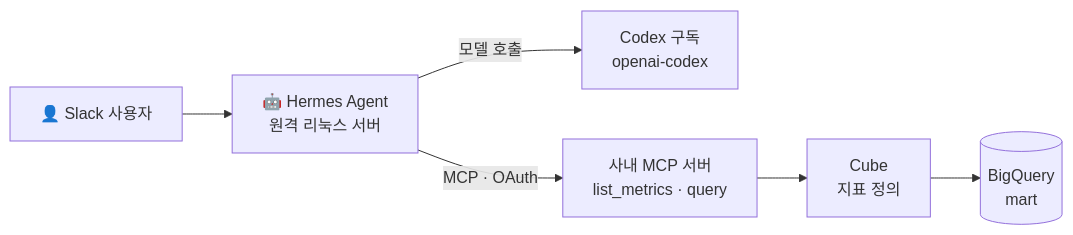
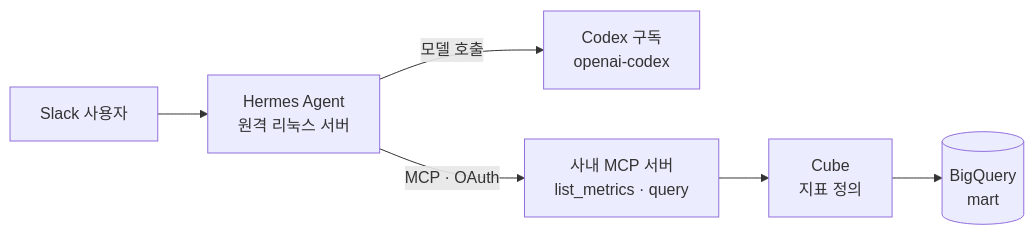
One commit to suojae/DAE_study_with_claude changed the first of 7 diagrams in 2026/11/16-hermes-slack-bot-mcp-troubleshooting.md. Above: the diagram before and after it, drawn with Mermaid. The commit also changed other lines of this file and 6 other files, not shown here.

````diff
--- a/2026/11/16-hermes-slack-bot-mcp-troubleshooting.md
+++ b/2026/11/16-hermes-slack-bot-mcp-troubleshooting.md
@@ -12,7 +12,7 @@
 ```mermaid
 flowchart LR
-    U["👤 Slack 사용자"] --> H["🤖 Hermes Agent<br/>원격 리눅스 서버"]
+    U["Slack 사용자"] --> H["Hermes Agent<br/>원격 리눅스 서버"]
     H -- "모델 호출" --> C["Codex 구독<br/>openai-codex"]
     H -- "MCP · OAuth" --> M["사내 MCP 서버<br/>list_metrics · query"]
     M --> CUBE["Cube<br/>지표 정의"] --> BQ[("BigQuery<br/>mart")]
 ```
````
